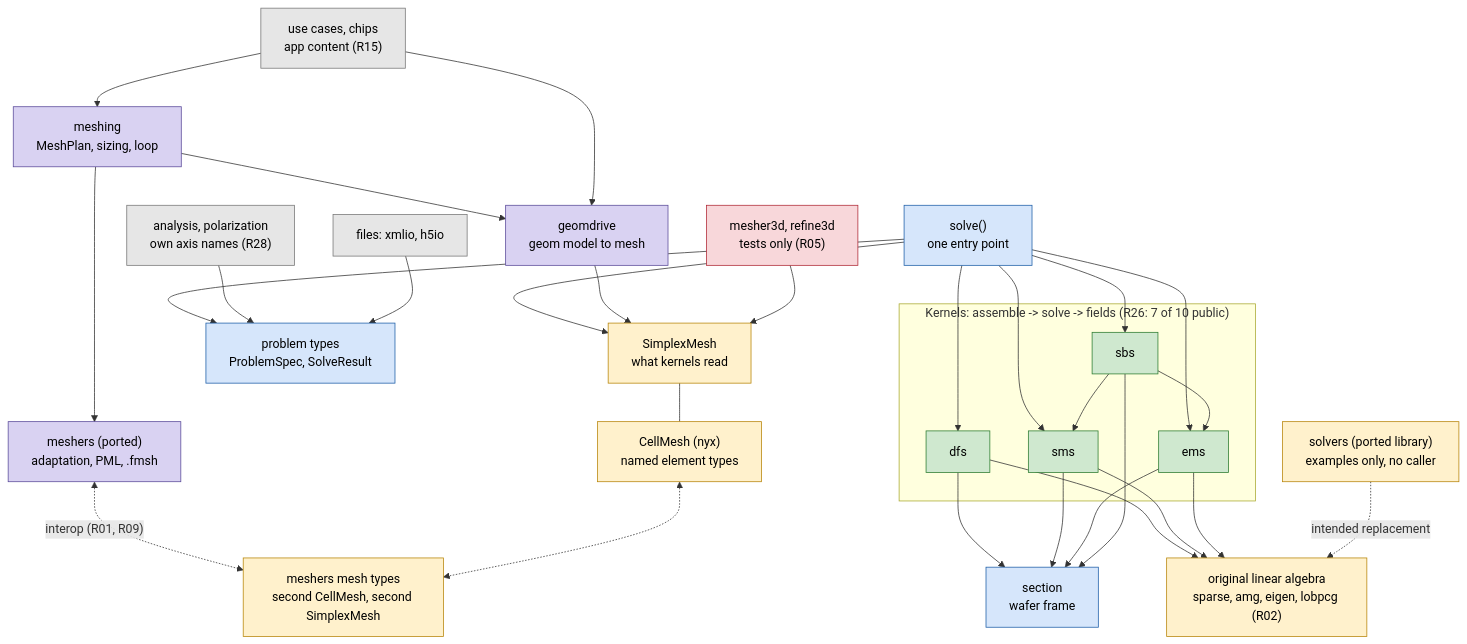
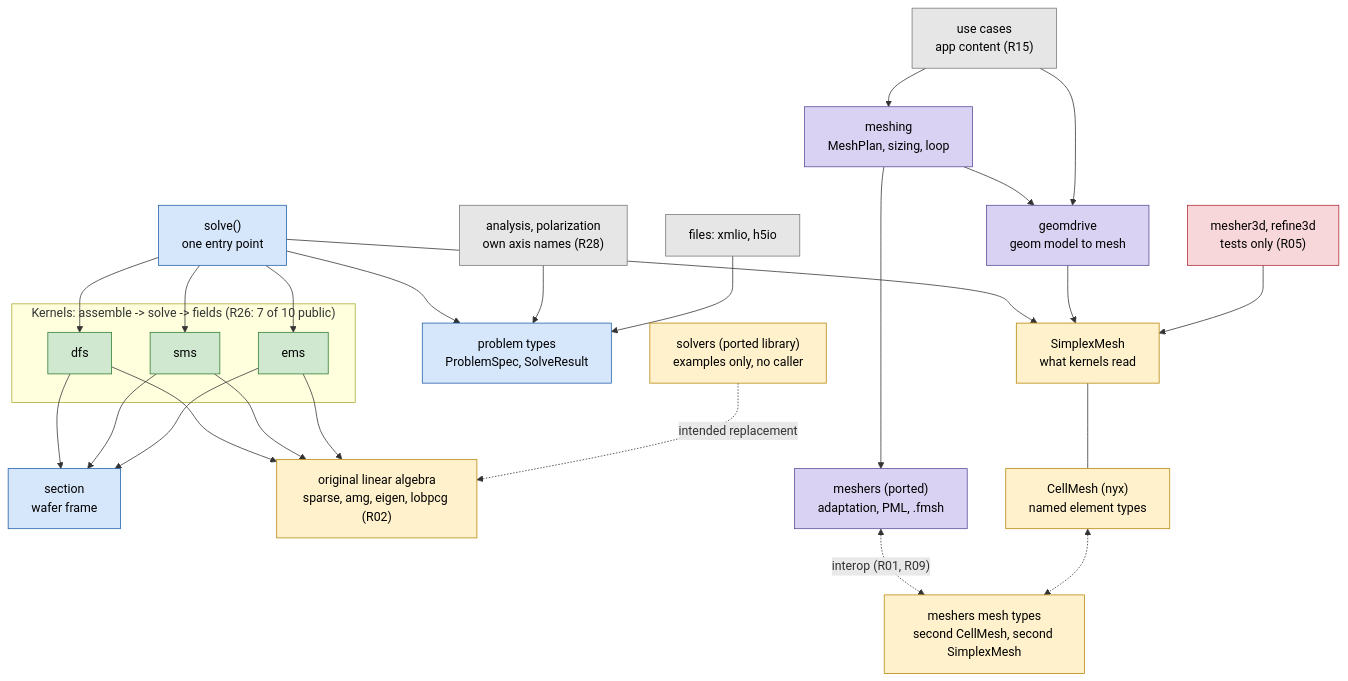
The third of 6 diagrams in docs/architecture/diagrams.md (p-j-r/nyx), drawn with Mermaid before and after one commit. The commit also changed 49 other files, not shown here.

Commit message:
Phase 1: remove Brillouin (sbs) and the ring chips; optical mode set moves to femcore::optical; goldens ignore JSON key order (ADR 24)

````diff
--- a/docs/architecture/diagrams.md
+++ b/docs/architecture/diagrams.md
@@ -65,51 +65,48 @@
 ```mermaid
 flowchart TB
   classDef kernel fill:#cfe8cf,stroke:#2e7d32,color:#000
   classDef rough fill:#fff1cc,stroke:#b8860b,color:#000
   classDef dead fill:#f8d7da,stroke:#b02a37,color:#000
   classDef mesh fill:#d9d2f2,stroke:#5b4b9a,color:#000
   classDef base fill:#d6e6fb,stroke:#1f5fa8,color:#000
   classDef misc fill:#e6e6e6,stroke:#777,color:#000
 
   SOLVE["solve()<br/>one entry point"]:::base
   PROB["problem types<br/>ProblemSpec, SolveResult"]:::base
   SEC["section<br/>wafer frame"]:::base
   subgraph kernels["Kernels: assemble -> solve -> fields (R26: 7 of 10 public)"]
     DFS[dfs]:::kernel
     SMS[sms]:::kernel
     EMS[ems]:::kernel
-    SBS[sbs]:::kernel
   end
   OLD["original linear algebra<br/>sparse, amg, eigen, lobpcg (R02)"]:::rough
   PORT["solvers (ported library)<br/>examples only, no caller"]:::rough
   SM["SimplexMesh<br/>what kernels read"]:::rough
   CM["CellMesh (nyx)<br/>named element types"]:::rough
   MM["meshers mesh types<br/>second CellMesh, second SimplexMesh"]:::rough
   GD["geomdrive<br/>geom model to mesh"]:::mesh
   MG["meshing<br/>MeshPlan, sizing, loop"]:::mesh
   MP["meshers (ported)<br/>adaptation, PML, .fmsh"]:::mesh
   M3["mesher3d, refine3d<br/>tests only (R05)"]:::dead
-  UC["use cases, chips<br/>app content (R15)"]:::misc
+  UC["use cases<br/>app content (R15)"]:::misc
   AN["analysis, polarization<br/>own axis names (R28)"]:::misc
   FI["files: xmlio, h5io"]:::misc
 
   SOLVE --> PROB
-  SOLVE --> DFS & SMS & EMS & SBS
-  DFS & SMS & EMS & SBS --> SEC
-  SBS --> EMS
-  SBS --> SMS
+  SOLVE --> DFS & SMS & EMS
+  DFS & SMS & EMS --> SEC
   DFS & SMS & EMS --> OLD
   PORT -.->|intended replacement| OLD
   SOLVE --> SM
   GD --> SM
   MG --> GD
   MG --> MP
   MP <-.->|"interop (R01, R09)"| MM
   SM --- CM
   CM <-.-> MM
   M3 --> SM
   UC --> GD
   UC --> MG
   AN --> PROB
   FI --> PROB
 ```
````
